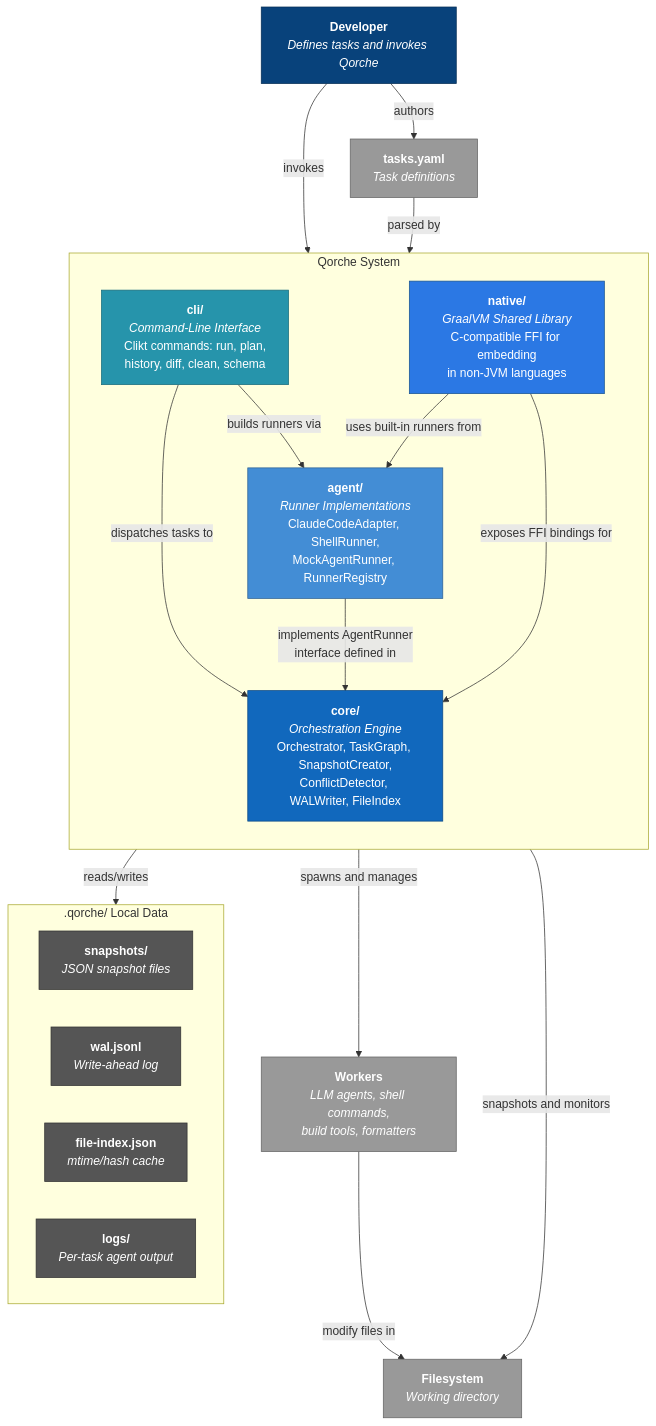
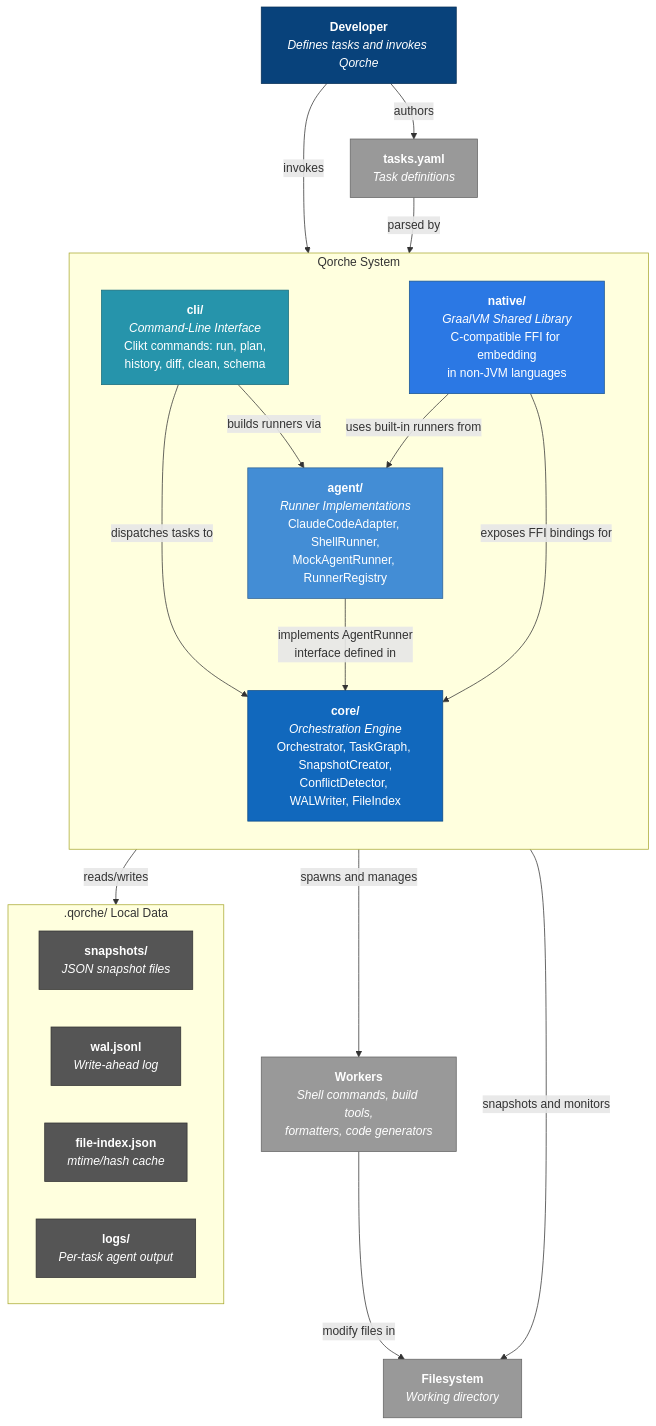
One commit to Qorche/qorche changed the second of 2 diagrams in README.md. Above: the diagram before and after it, drawn with Mermaid. The commit also changed other lines of this file and 12 other files, not shown here.

````diff
--- a/README.md
+++ b/README.md
@@ -224,50 +226,50 @@
 ```mermaid
 graph TB
     classDef person fill:#08427b,stroke:#052e56,color:#fff
     classDef core fill:#1168bd,stroke:#0b4884,color:#fff
     classDef agent fill:#438dd5,stroke:#2e6295,color:#fff
     classDef cli fill:#2694ab,stroke:#1a6d7d,color:#fff
     classDef native fill:#2b78e4,stroke:#1a5591,color:#fff
     classDef external fill:#999,stroke:#666,color:#fff
     classDef store fill:#555,stroke:#333,color:#fff
 
     Dev["<b>Developer</b><br/><i>Defines tasks and invokes Qorche</i>"]:::person
 
     subgraph Qorche ["Qorche System"]
         direction TB
 
         CLI["<b>cli/</b><br/><i>Command-Line Interface</i><br/>Clikt commands: run, plan,<br/>history, diff, clean, schema"]:::cli
 
         Agent["<b>agent/</b><br/><i>Runner Implementations</i><br/>ClaudeCodeAdapter, ShellRunner,<br/>MockAgentRunner, RunnerRegistry"]:::agent
 
         Core["<b>core/</b><br/><i>Orchestration Engine</i><br/>Orchestrator, TaskGraph, SnapshotCreator,<br/>ConflictDetector, WALWriter, FileIndex"]:::core
 
         Native["<b>native/</b><br/><i>GraalVM Shared Library</i><br/>C-compatible FFI for embedding<br/>in non-JVM languages"]:::native
     end
 
-    Workers["<b>Workers</b><br/><i>LLM agents, shell commands,<br/>build tools, formatters</i>"]:::external
+    Workers["<b>Workers</b><br/><i>Shell commands, build tools,<br/>formatters, code generators</i>"]:::external
 
     subgraph Storage [".qorche/ Local Data"]
         direction LR
         Snaps["<b>snapshots/</b><br/><i>JSON snapshot files</i>"]:::store
         WAL["<b>wal.jsonl</b><br/><i>Write-ahead log</i>"]:::store
         FIdx["<b>file-index.json</b><br/><i>mtime/hash cache</i>"]:::store
         Logs["<b>logs/</b><br/><i>Per-task agent output</i>"]:::store
     end
 
     FS["<b>Filesystem</b><br/><i>Working directory</i>"]:::external
     YAML["<b>tasks.yaml</b><br/><i>Task definitions</i>"]:::external
 
     Dev -->|"invokes"| CLI
     Dev -->|"authors"| YAML
     YAML -->|"parsed by"| CLI
     CLI -->|"dispatches tasks to"| Core
     CLI -->|"builds runners via"| Agent
     Agent -->|"implements AgentRunner<br/>interface defined in"| Core
     Agent -->|"spawns and manages"| Workers
     Native -->|"exposes FFI bindings for"| Core
     Native -->|"uses built-in runners from"| Agent
     Core -->|"reads/writes"| Storage
     Core -->|"snapshots and monitors"| FS
     Workers -->|"modify files in"| FS
 ```
````
